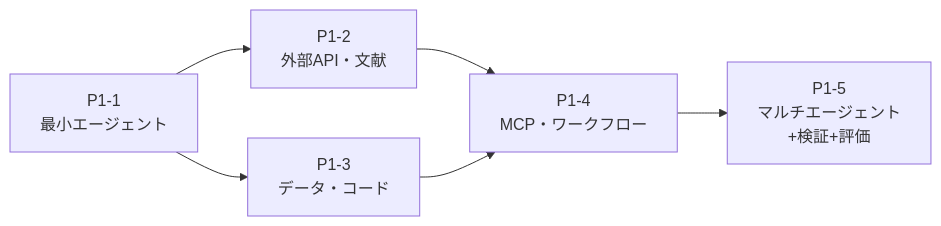
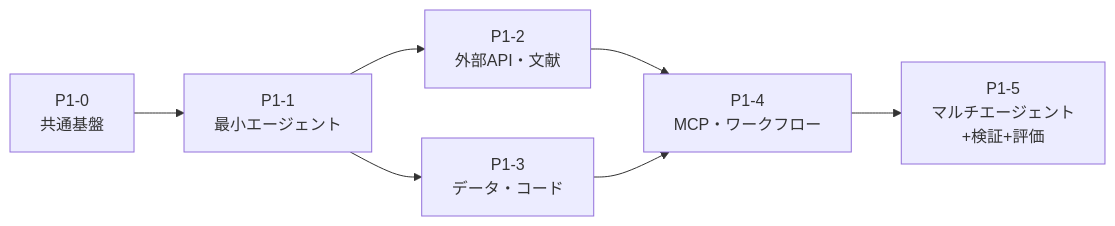
The first of 2 diagrams in docs/EXPERIMENTS/PHASE1_TEST_PLAN.md (Hiroto-Masaoka/AI-agents-family), drawn with Mermaid before and after one commit. The commit also changed other lines of this file and 19 other files, not shown here.

````diff
--- a/docs/EXPERIMENTS/PHASE1_TEST_PLAN.md
+++ b/docs/EXPERIMENTS/PHASE1_TEST_PLAN.md
@@ -21,7 +23,8 @@
 ```mermaid
 flowchart LR
-    T1[P1-1<br/>最小エージェント] --> T2[P1-2<br/>外部API・文献]
+    T0[P1-0<br/>共通基盤] --> T1[P1-1<br/>最小エージェント]
+    T1 --> T2[P1-2<br/>外部API・文献]
     T1 --> T3[P1-3<br/>データ・コード]
     T2 & T3 --> T4[P1-4<br/>MCP・ワークフロー]
     T4 --> T5[P1-5<br/>マルチエージェント<br/>+検証+評価]
 ```
````
